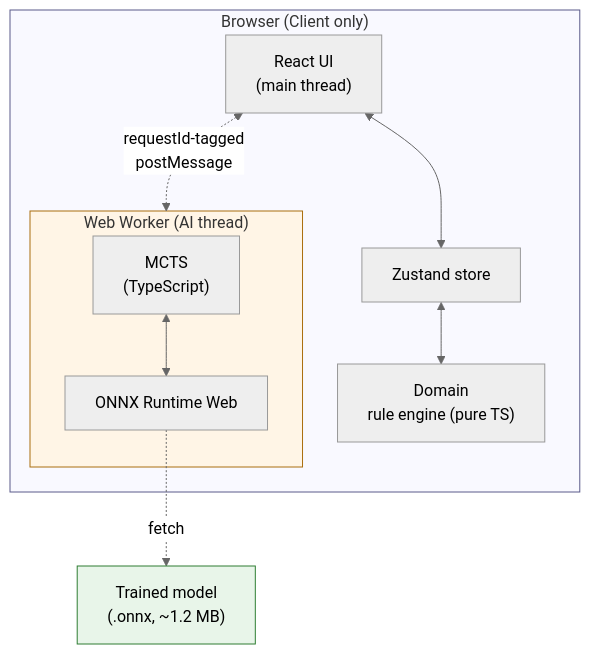
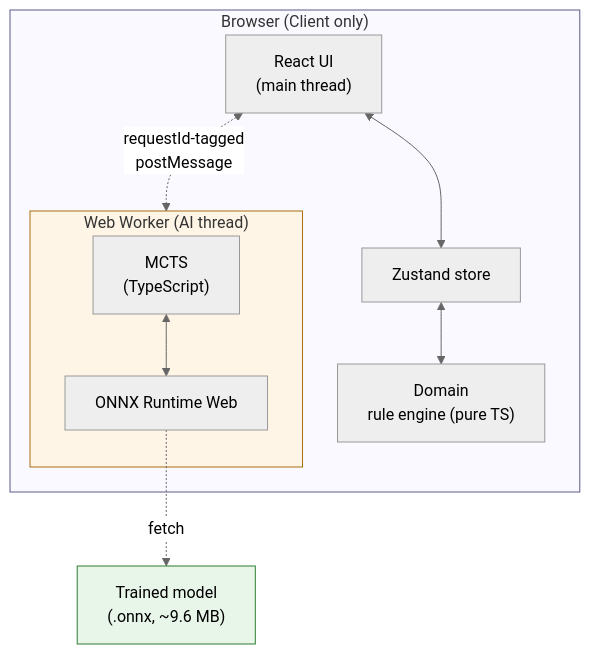
The diagram in README.md (h-seno-tokai/dynamic-tic-tac-toe), drawn with Mermaid (neutral theme) before and after one commit. The commit also changed other lines of this file and 13 other files, not shown here.

````diff
--- a/README.md
+++ b/README.md
@@ -44,25 +52,25 @@
 ```mermaid
 flowchart TB
     subgraph Browser["Browser (Client only)"]
         UI["React UI<br/>(main thread)"]
         Store["Zustand store"]
         Domain["Domain<br/>rule engine (pure TS)"]
 
         UI <--> Store
         Store <--> Domain
 
         subgraph Worker["Web Worker (AI thread)"]
             MCTS["MCTS<br/>(TypeScript)"]
             Inference["ONNX Runtime Web"]
             MCTS <--> Inference
         end
 
         UI <-.->|requestId-tagged<br/>postMessage| Worker
     end
 
-    Inference -.->|fetch| Model["Trained model<br/>(.onnx, ~1.2 MB)"]
+    Inference -.->|fetch| Model["Trained model<br/>(.onnx, ~9.6 MB)"]
 
     style Browser fill:#f9f9ff,stroke:#5a5a8a
     style Worker fill:#fff5e6,stroke:#aa6e0e
     style Model fill:#e8f5e9,stroke:#2e7d32
 ```
````
